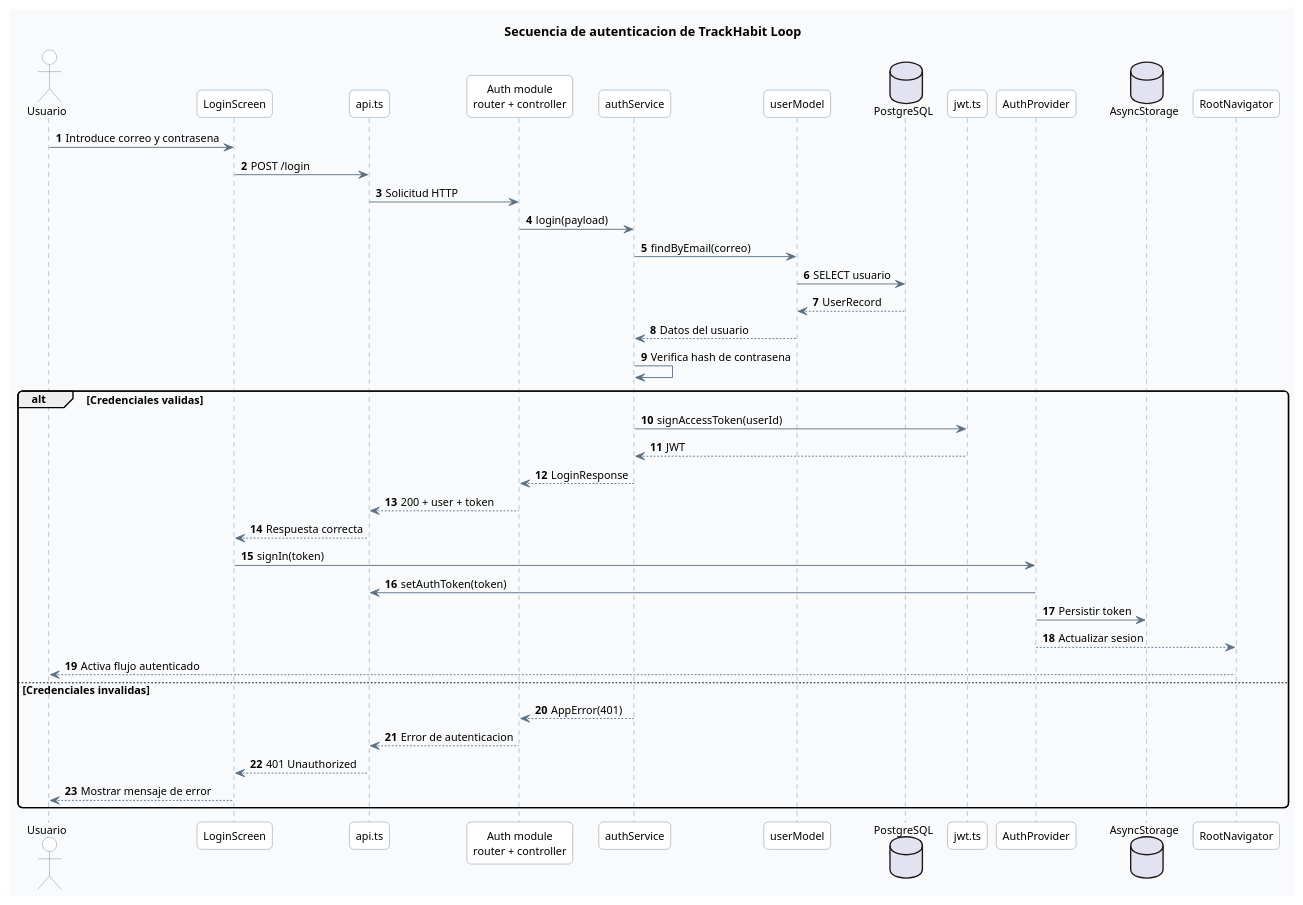
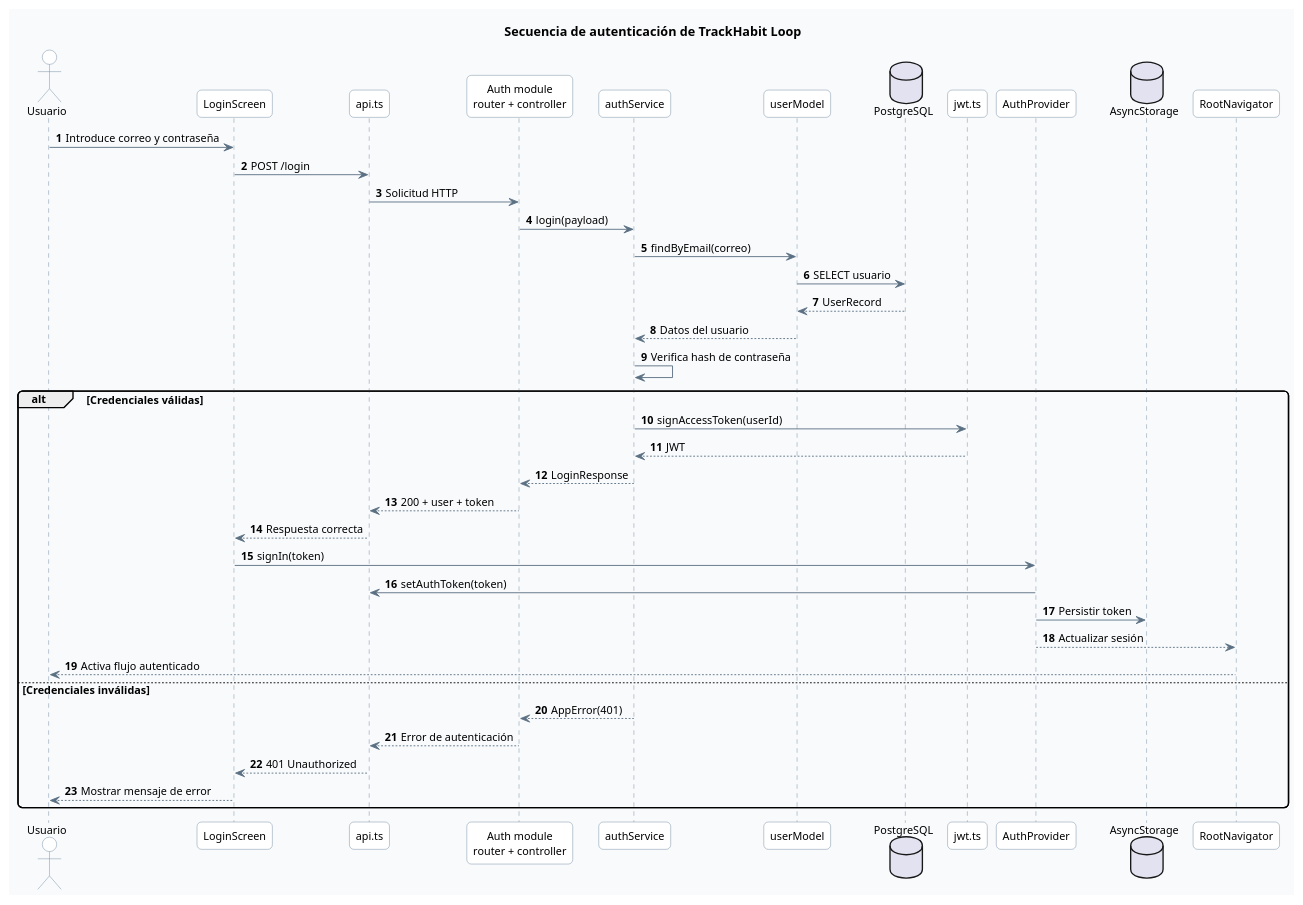
One commit to TPerez13/TFG changed the diagram in docs/diagrams/cap4/10b_sequence_authentication_trackhabit_loop.puml. Above: the diagram before and after it, drawn with PlantUML. The commit also changed 95 other files, not shown here.

Commit message:
Fix Spanish language typos and improve translations across multiple screens, including Nutrition, Privacy, Support, and Habit Detail. Update labels, error messages, and placeholders for consistency and clarity.

```diff
--- a/docs/diagrams/cap4/10b_sequence_authentication_trackhabit_loop.puml
+++ b/docs/diagrams/cap4/10b_sequence_authentication_trackhabit_loop.puml
@@ -1,62 +1,62 @@
 @startuml
 skinparam backgroundColor #F8FAFC
 skinparam shadowing false
 skinparam roundcorner 10
 skinparam defaultFontName Segoe UI
 skinparam defaultFontSize 12
 skinparam ArrowColor #5B7083
 skinparam ArrowThickness 1
 skinparam sequenceLifeLineBorderColor #6E879D
 skinparam sequenceLifeLineBackgroundColor #FFFFFF
 skinparam participantBorderColor #6E879D
 skinparam participantBackgroundColor #FFFFFF
 skinparam actorBorderColor #6E879D
 skinparam actorBackgroundColor #FFFFFF
 skinparam noteBackgroundColor #FFF9E6
 skinparam noteBorderColor #D7C58A
 
-title Secuencia de autenticacion de TrackHabit Loop
+title Secuencia de autenticación de TrackHabit Loop
 
 autonumber
 
 actor Usuario as user
 participant "LoginScreen" as login
 participant "api.ts" as api
 participant "Auth module\nrouter + controller" as authmod
 participant "authService" as authsvc
 participant "userModel" as usermodel
 database "PostgreSQL" as pg
 participant "jwt.ts" as jwt
 participant "AuthProvider" as authctx
 database "AsyncStorage" as storage
 participant "RootNavigator" as root
 
-user -> login : Introduce correo y contrasena
+user -> login : Introduce correo y contraseña
 login -> api : POST /login
 api -> authmod : Solicitud HTTP
 authmod -> authsvc : login(payload)
 authsvc -> usermodel : findByEmail(correo)
 usermodel -> pg : SELECT usuario
 pg --> usermodel : UserRecord
 usermodel --> authsvc : Datos del usuario
-authsvc -> authsvc : Verifica hash de contrasena
+authsvc -> authsvc : Verifica hash de contraseña
 
-alt Credenciales validas
+alt Credenciales válidas
   authsvc -> jwt : signAccessToken(userId)
   jwt --> authsvc : JWT
   authsvc --> authmod : LoginResponse
   authmod --> api : 200 + user + token
   api --> login : Respuesta correcta
   login -> authctx : signIn(token)
   authctx -> api : setAuthToken(token)
   authctx -> storage : Persistir token
-  authctx --> root : Actualizar sesion
+  authctx --> root : Actualizar sesión
   root --> user : Activa flujo autenticado
-else Credenciales invalidas
+else Credenciales inválidas
   authsvc --> authmod : AppError(401)
-  authmod --> api : Error de autenticacion
+  authmod --> api : Error de autenticación
   api --> login : 401 Unauthorized
   login --> user : Mostrar mensaje de error
 end
 
 @enduml
```
